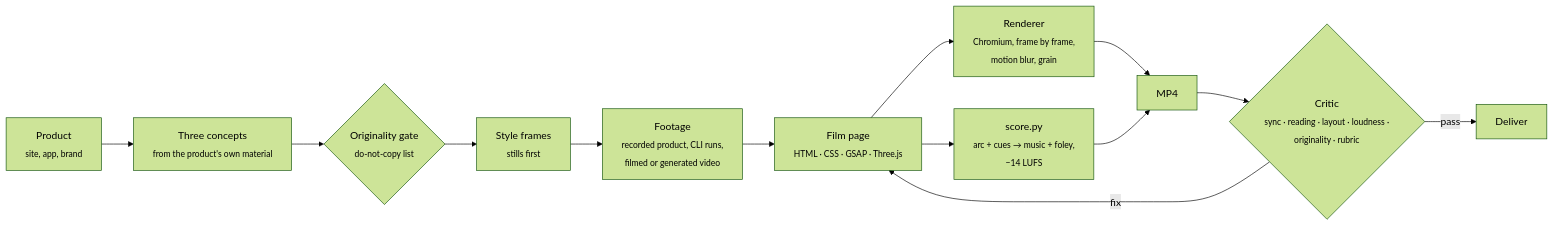
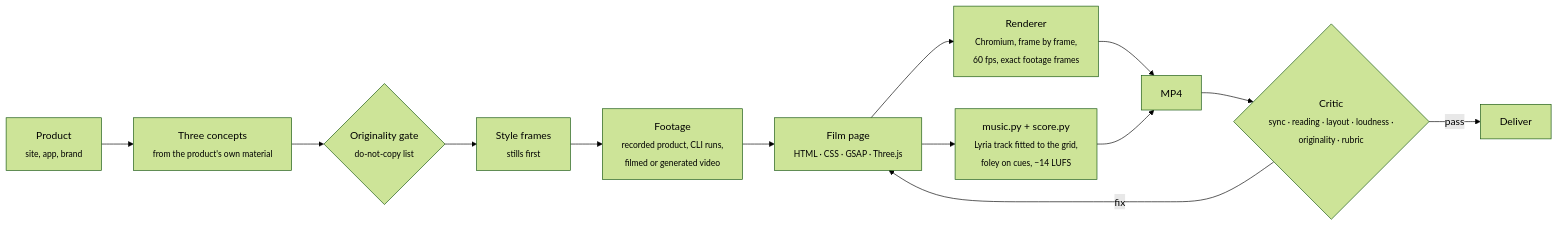
One commit to mowfxy/slate changed the diagram in README.md. Above: the diagram before and after it, drawn with Mermaid (forest theme). The commit also changed other lines of this file and 32 other files, not shown here.

````diff
--- a/README.md
+++ b/README.md
@@ -53,15 +54,15 @@
 ```mermaid
 flowchart LR
     A[Product<br><sub>site, app, brand</sub>] --> B[Three concepts<br><sub>from the product's own material</sub>]
     B --> G{Originality gate<br><sub>do-not-copy list</sub>}
     G --> C[Style frames<br><sub>stills first</sub>]
     C --> R[Footage<br><sub>recorded product, CLI runs,<br>filmed or generated video</sub>]
     R --> D[Film page<br><sub>HTML · CSS · GSAP · Three.js</sub>]
-    D --> E[Renderer<br><sub>Chromium, frame by frame,<br>motion blur, grain</sub>]
-    D --> F[score.py<br><sub>arc + cues → music + foley,<br>−14 LUFS</sub>]
+    D --> E[Renderer<br><sub>Chromium, frame by frame,<br>60 fps, exact footage frames</sub>]
+    D --> F[music.py + score.py<br><sub>Lyria track fitted to the grid,<br>foley on cues, −14 LUFS</sub>]
     E --> H[MP4]
     F --> H
     H --> I{Critic<br><sub>sync · reading · layout · loudness ·<br>originality · rubric</sub>}
     I -- fix --> D
     I -- pass --> J[Deliver]
 ```
````
